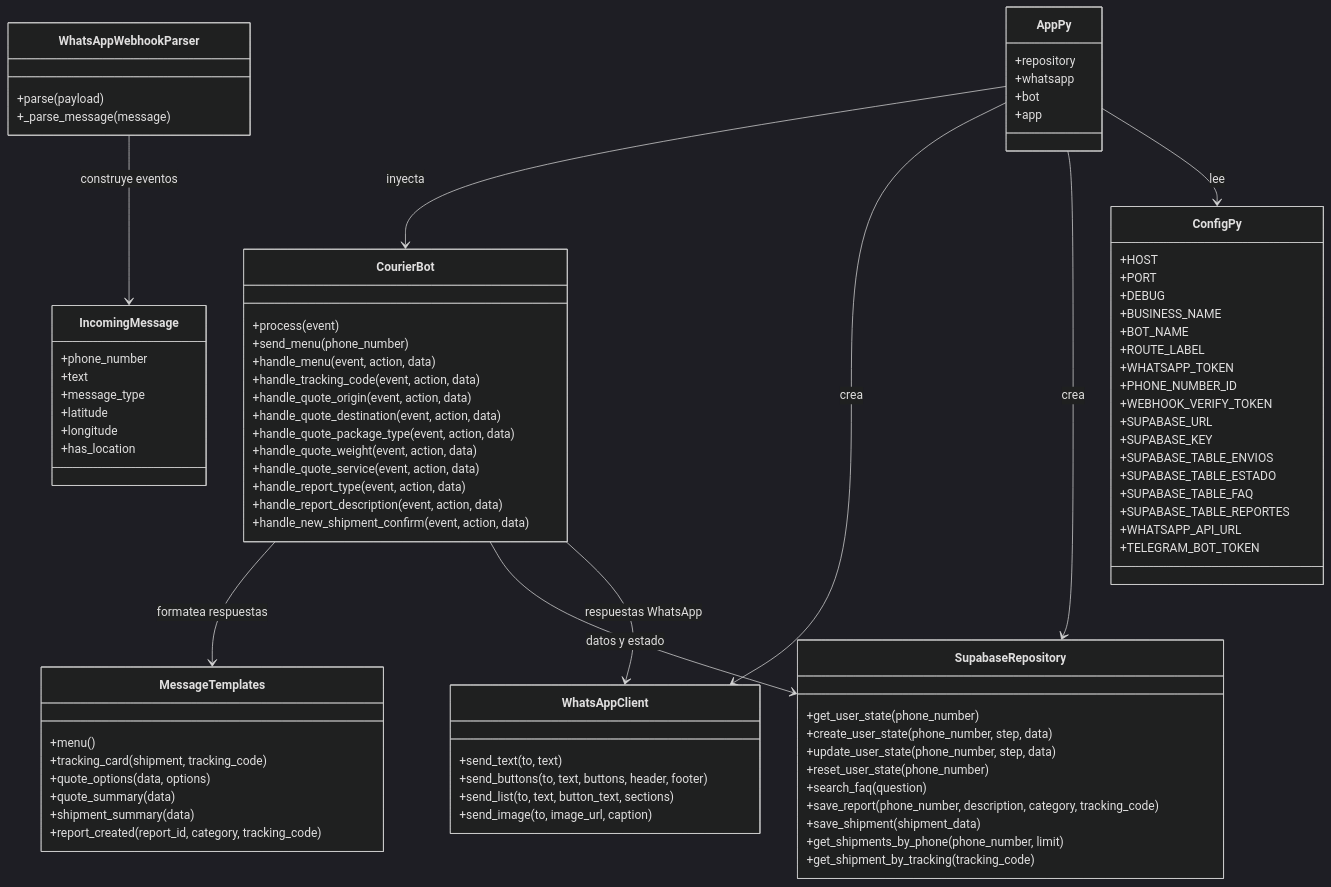
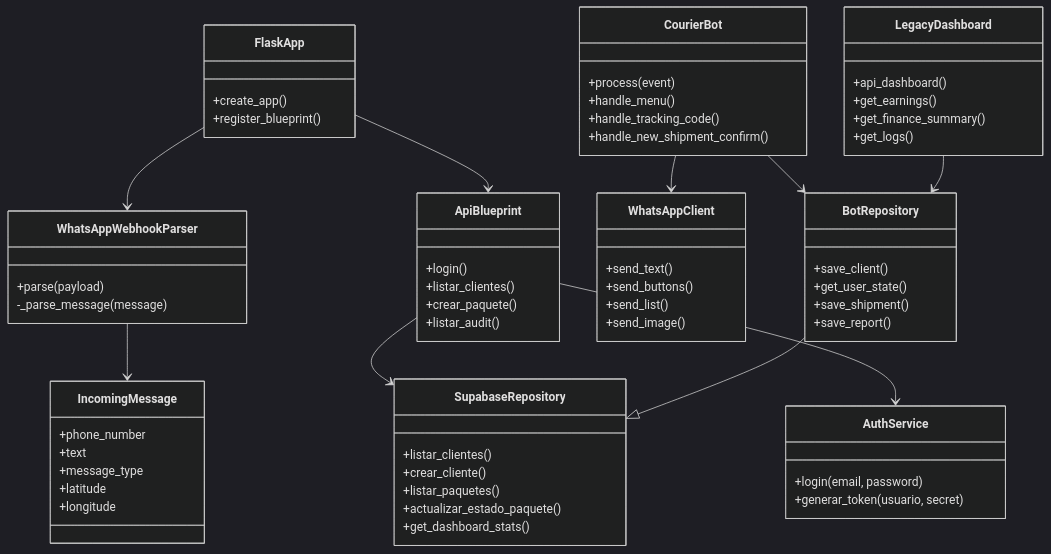
The third of 8 diagrams in README.md (mateosimbana-collab/curriermsj), drawn with Mermaid (dark theme) before and after one commit. The commit also changed other lines of this file and 56 other files, not shown here.

````diff
--- a/README.md
+++ b/README.md
@@ -63,95 +130,69 @@
 ```mermaid
 classDiagram
-    class AppPy {
-        +repository
-        +whatsapp
-        +bot
-        +app
+    class FlaskApp {
+        +create_app()
+        +register_blueprint()
     }
-
+    class ApiBlueprint {
+        +login()
+        +listar_clientes()
+        +crear_paquete()
+        +listar_audit()
+    }
+    class AuthService {
+        +login(email, password)
+        +generar_token(usuario, secret)
+    }
+    class SupabaseRepository {
+        +listar_clientes()
+        +crear_cliente()
+        +listar_paquetes()
+        +actualizar_estado_paquete()
+        +get_dashboard_stats()
+    }
+    class BotRepository {
+        +save_client()
+        +get_user_state()
+        +save_shipment()
+        +save_report()
+    }
     class CourierBot {
         +process(event)
-        +send_menu(phone_number)
-        +handle_menu(event, action, data)
-        +handle_tracking_code(event, action, data)
-        +handle_quote_origin(event, action, data)
-        +handle_quote_destination(event, action, data)
-        +handle_quote_package_type(event, action, data)
-        +handle_quote_weight(event, action, data)
-        +handle_quote_service(event, action, data)
-        +handle_report_type(event, action, data)
-        +handle_report_description(event, action, data)
-        +handle_new_shipment_confirm(event, action, data)
+        +handle_menu()
+        +handle_tracking_code()
+        +handle_new_shipment_confirm()
     }
-
     class WhatsAppClient {
-        +send_text(to, text)
-        +send_buttons(to, text, buttons, header, footer)
-        +send_list(to, text, button_text, sections)
-        +send_image(to, image_url, caption)
+        +send_text()
+        +send_buttons()
+        +send_list()
+        +send_image()
     }
-
-    class SupabaseRepository {
-        +get_user_state(phone_number)
-        +create_user_state(phone_number, step, data)
-        +update_user_state(phone_number, step, data)
-        +reset_user_state(phone_number)
-        +search_faq(question)
-        +save_report(phone_number, description, category, tracking_code)
-        +save_shipment(shipment_data)
-        +get_shipments_by_phone(phone_number, limit)
-        +get_shipment_by_tracking(tracking_code)
-    }
-
     class WhatsAppWebhookParser {
         +parse(payload)
-        +_parse_message(message)
+        -_parse_message(message)
     }
-
-    class MessageTemplates {
-        +menu()
-        +tracking_card(shipment, tracking_code)
-        +quote_options(data, options)
-        +quote_summary(data)
-        +shipment_summary(data)
-        +report_created(report_id, category, tracking_code)
-    }
-
     class IncomingMessage {
         +phone_number
         +text
         +message_type
         +latitude
         +longitude
-        +has_location
+    }
+    class LegacyDashboard {
+        +api_dashboard()
+        +get_earnings()
+        +get_finance_summary()
+        +get_logs()
     }
 
-    class ConfigPy {
-        +HOST
-        +PORT
-        +DEBUG
-        +BUSINESS_NAME
-        +BOT_NAME
-        +ROUTE_LABEL
-        +WHATSAPP_TOKEN
-        +PHONE_NUMBER_ID
-        +WEBHOOK_VERIFY_TOKEN
-        +SUPABASE_URL
-        +SUPABASE_KEY
-        +SUPABASE_TABLE_ENVIOS
-        +SUPABASE_TABLE_ESTADO
-        +SUPABASE_TABLE_FAQ
-        +SUPABASE_TABLE_REPORTES
-        +WHATSAPP_API_URL
-        +TELEGRAM_BOT_TOKEN
-    }
-
-    AppPy --> CourierBot : inyecta
-    AppPy --> WhatsAppClient : crea
-    AppPy --> SupabaseRepository : crea
-    AppPy --> ConfigPy : lee
-    CourierBot --> MessageTemplates : formatea respuestas
-    CourierBot --> SupabaseRepository : datos y estado
-    CourierBot --> WhatsAppClient : respuestas WhatsApp
-    WhatsAppWebhookParser --> IncomingMessage : construye eventos
+    FlaskApp --> ApiBlueprint
+    ApiBlueprint --> AuthService
+    ApiBlueprint --> SupabaseRepository
+    BotRepository --|> SupabaseRepository
+    CourierBot --> BotRepository
+    CourierBot --> WhatsAppClient
+    WhatsAppWebhookParser --> IncomingMessage
+    FlaskApp --> WhatsAppWebhookParser
+    LegacyDashboard --> BotRepository
 ```
````
